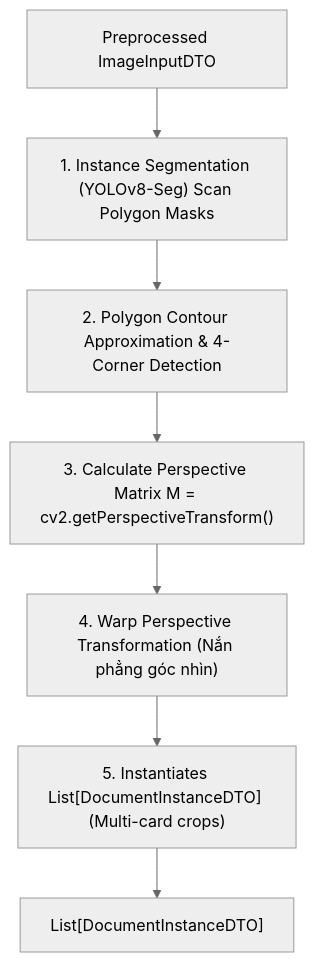
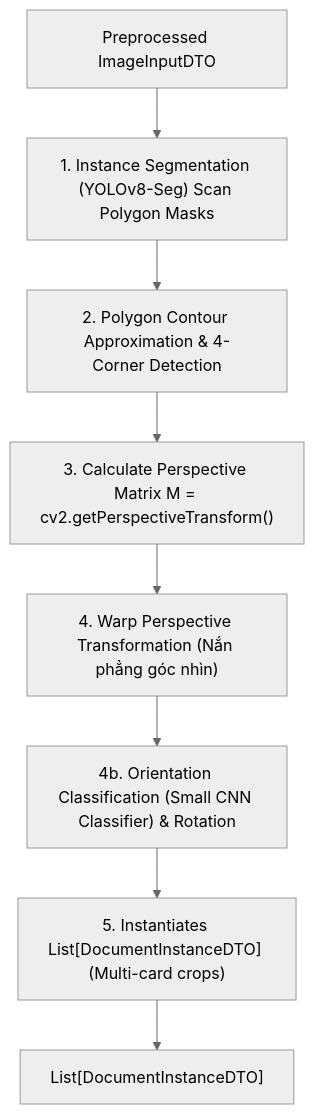
Before and after one commit to CaoAnhNato/vn-identity-card-ocr: the diagram in doc/pipe_architect/stage2_multi_doc_segmentation.md, drawn with Mermaid (neutral theme). The commit also changed other lines of this file, not shown here.

Commit message:
docs: add two-step rotation correction (Warp Perspective + Small CNN)

````diff
--- a/doc/pipe_architect/stage2_multi_doc_segmentation.md
+++ b/doc/pipe_architect/stage2_multi_doc_segmentation.md
@@ -20,9 +20,10 @@
 ```mermaid
 flowchart TD
     IN["Preprocessed ImageInputDTO"] --> STEP1["1. Instance Segmentation (YOLOv8-Seg) Scan Polygon Masks"]
     STEP1 --> STEP2["2. Polygon Contour Approximation & 4-Corner Detection"]
     STEP2 --> STEP3["3. Calculate Perspective Matrix M = cv2.getPerspectiveTransform()"]
     STEP3 --> STEP4["4. Warp Perspective Transformation (Nắn phẳng góc nhìn)"]
-    STEP4 --> STEP5["5. Instantiates List[DocumentInstanceDTO] (Multi-card crops)"]
+    STEP4 --> STEP4b["4b. Orientation Classification (Small CNN Classifier) & Rotation"]
+    STEP4b --> STEP5["5. Instantiates List[DocumentInstanceDTO] (Multi-card crops)"]
     STEP5 --> OUT["List[DocumentInstanceDTO]"]
 ```
````
